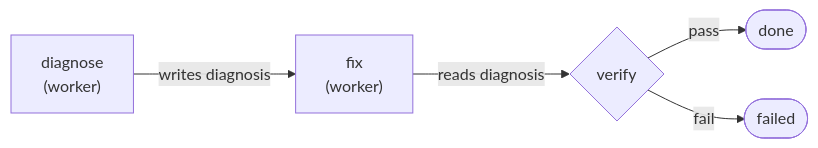
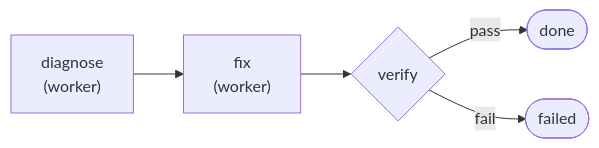
Before and after one commit to Benaiad/pi-relay: the second of 6 diagrams in README.md, drawn with Mermaid.

Commit message:
docs: remove artifact labels from bug-fix diagram edges
Route edges show control flow, not data flow. The prose already
explains that diagnose writes a diagnosis artifact and fix reads it.

````diff
--- a/README.md
+++ b/README.md
@@ -55,7 +55,7 @@
 ```mermaid
 graph LR
-    diagnose["diagnose\n(worker)"] -- "writes diagnosis" --> fix["fix\n(worker)"]
-    fix -- "reads diagnosis" --> verify{verify}
+    diagnose["diagnose\n(worker)"] --> fix["fix\n(worker)"]
+    fix --> verify{verify}
     verify -- pass --> done([done])
     verify -- fail --> failed([failed])
 ```
````
